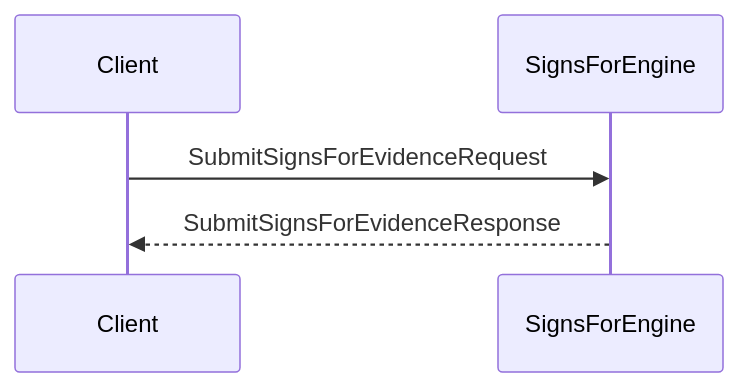
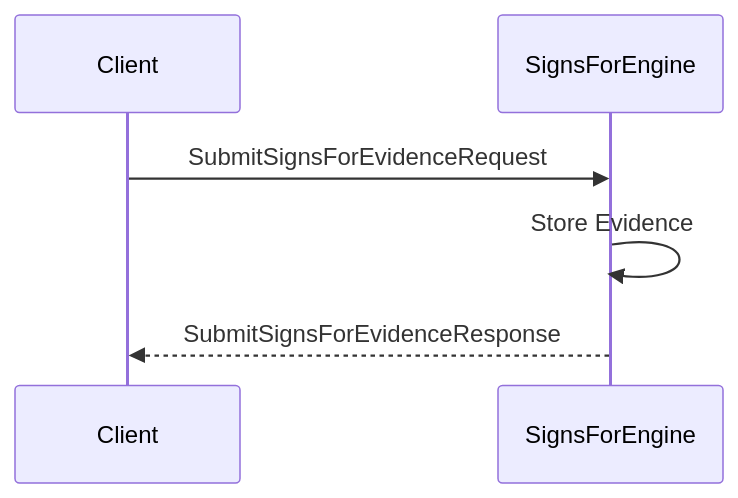
One commit to anoma/nspec changed the second of 2 diagrams in docs/node_architecture/engines/signs_for_overview.juvix.md. Above: the diagram before and after it, drawn with Mermaid. The commit also changed other lines of this file and 31 other files, not shown here.

````diff
--- a/docs/node_architecture/engines/signs_for_overview.juvix.md
+++ b/docs/node_architecture/engines/signs_for_overview.juvix.md
@@ -157,8 +175,9 @@
 ```mermaid
 sequenceDiagram
     participant Client
     participant SignsForEngine
 
     Client ->> SignsForEngine: SubmitSignsForEvidenceRequest
+    SignsForEngine ->> SignsForEngine: Store Evidence
     SignsForEngine -->> Client: SubmitSignsForEvidenceResponse
 ```
````
